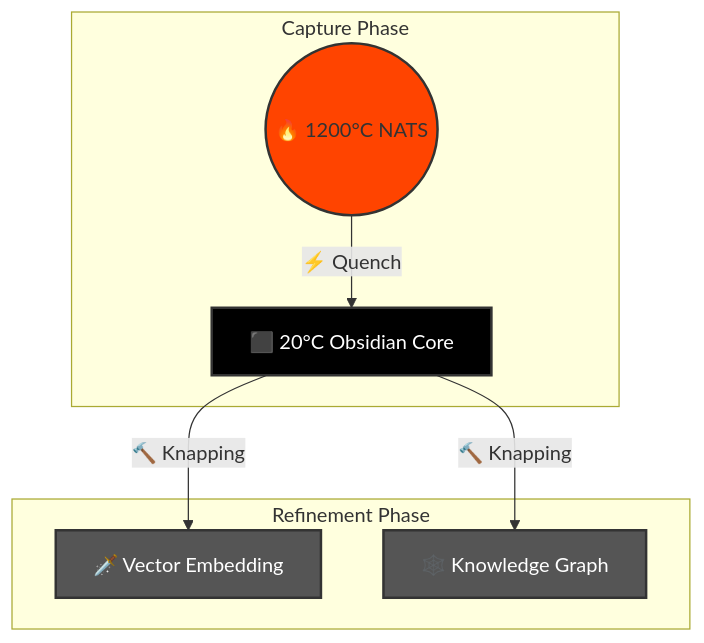
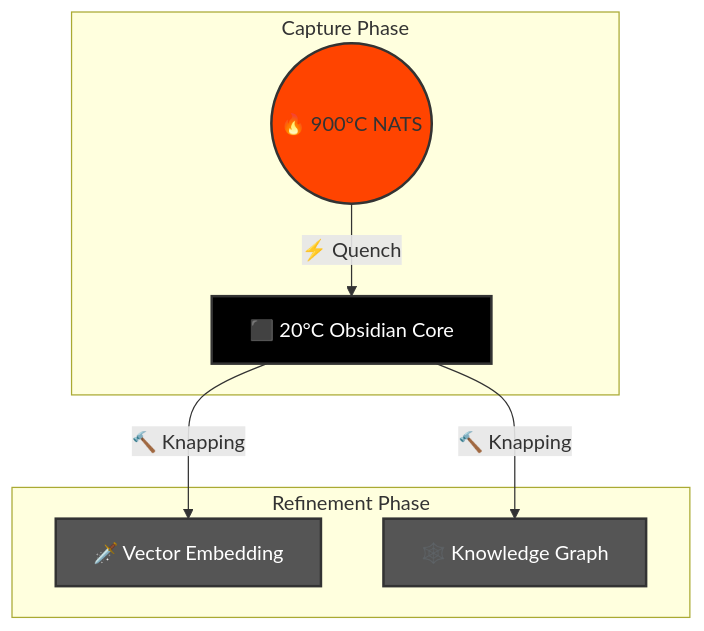
Before and after one commit to TTaoGaming/hfo_2025_11: the fourth of 4 diagrams in brain/design_obsidian_thermodynamics.md, drawn with Mermaid. The commit also changed other lines of this file, not shown here.

Commit message:
fix(brain): correct obsidian thermodynamics to use melt/magma instead of plasma

````diff
--- a/brain/design_obsidian_thermodynamics.md
+++ b/brain/design_obsidian_thermodynamics.md
@@ -100,14 +100,14 @@
 ```mermaid
 graph TD
     subgraph HOT [Capture Phase]
-        A((🔥 1200°C NATS)) -->|⚡ Quench| B[⬛ 20°C Obsidian Core]
+        A((🔥 900°C NATS)) -->|⚡ Quench| B[⬛ 20°C Obsidian Core]
     end
     subgraph COLD [Refinement Phase]
         B -->|🔨 Knapping| C[🗡️ Vector Embedding]
         B -->|🔨 Knapping| D[🕸️ Knowledge Graph]
     end
     style A fill:#ff4400,stroke:#333,stroke-width:2px
     style B fill:#000000,stroke:#333,stroke-width:2px,color:#fff
     style C fill:#555,stroke:#333,stroke-width:2px,color:#fff
     style D fill:#555,stroke:#333,stroke-width:2px,color:#fff
 ```
````
